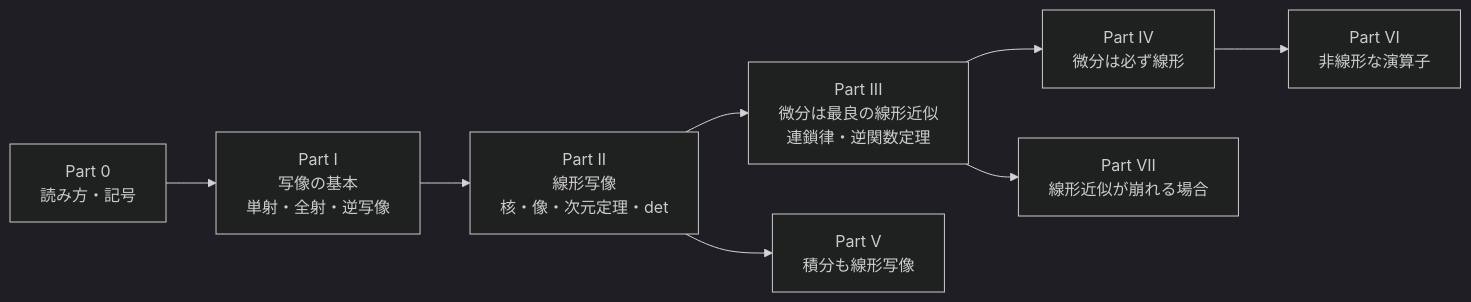
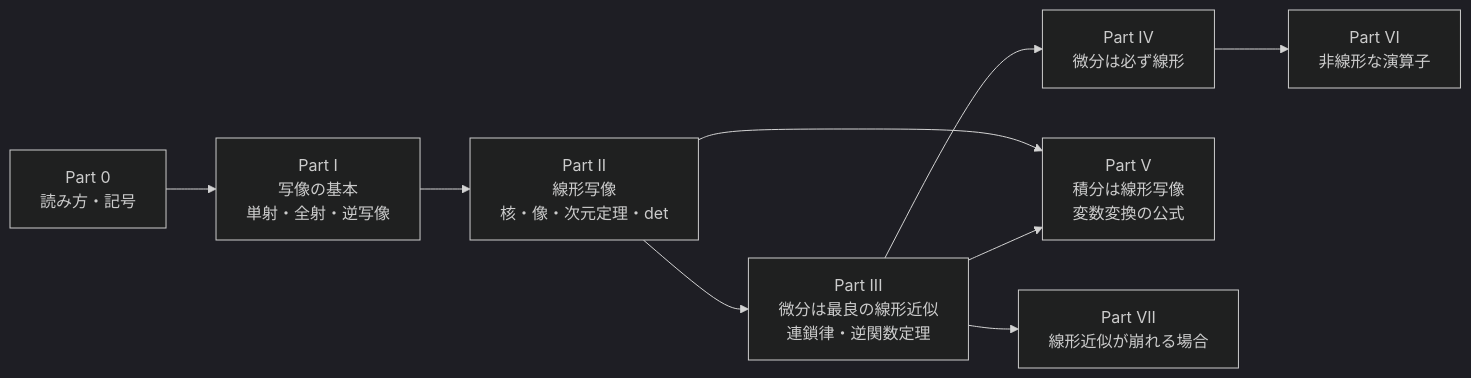
Before and after one commit to kazuma0606/quantum-study: the diagram in 研究ノート/01_基礎・ベクトル解析/functions_linear_maps_derivatives_integrals.md, drawn with Mermaid (dark theme). The commit also changed other lines of this file and 2 other files, not shown here.

First line of the commit message:
Expand Part V of the functions/linear maps note: change of variables

````diff
--- a/研究ノート/01_基礎・ベクトル解析/functions_linear_maps_derivatives_integrals.md
+++ b/研究ノート/01_基礎・ベクトル解析/functions_linear_maps_derivatives_integrals.md
@@ -100,16 +104,17 @@
 ```mermaid
 flowchart LR
     P0["Part 0<br/>読み方・記号"]
     P1["Part I<br/>写像の基本<br/>単射・全射・逆写像"]
     P2["Part II<br/>線形写像<br/>核・像・次元定理・det"]
     P3["Part III<br/>微分は最良の線形近似<br/>連鎖律・逆関数定理"]
     P4["Part IV<br/>微分は必ず線形"]
-    P5["Part V<br/>積分も線形写像"]
+    P5["Part V<br/>積分は線形写像<br/>変数変換の公式"]
     P6["Part VI<br/>非線形な演算子"]
     P7["Part VII<br/>線形近似が崩れる場合"]
 
     P0 --> P1 --> P2 --> P3 --> P4
     P2 --> P5
+    P3 --> P5
     P4 --> P6
     P3 --> P7
 ```
````
